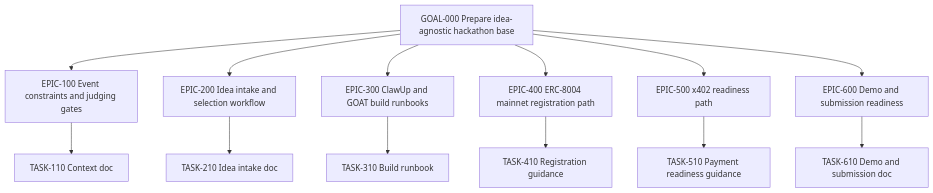
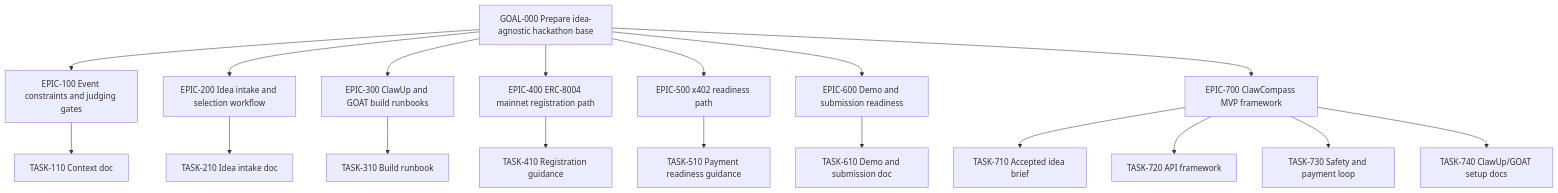
One commit to PATELOM925/openclaw-hack-ttw26 changed the diagram in docs/codex/work/WORK-GRAPH.md. Above: the diagram before and after it, drawn with Mermaid. The commit also changed other lines of this file and 32 other files, not shown here.

Commit message:
feat: add ClawCompass SetupPilot framework

````diff
--- a/docs/codex/work/WORK-GRAPH.md
+++ b/docs/codex/work/WORK-GRAPH.md
@@ -10,16 +10,21 @@
 ```mermaid
 flowchart TD
   GOAL["GOAL-000 Prepare idea-agnostic hackathon base"]
   E100["EPIC-100 Event constraints and judging gates"]
   E200["EPIC-200 Idea intake and selection workflow"]
   E300["EPIC-300 ClawUp and GOAT build runbooks"]
   E400["EPIC-400 ERC-8004 mainnet registration path"]
   E500["EPIC-500 x402 readiness path"]
   E600["EPIC-600 Demo and submission readiness"]
+  E700["EPIC-700 ClawCompass MVP framework"]
   GOAL --> E100 --> T110["TASK-110 Context doc"]
   GOAL --> E200 --> T210["TASK-210 Idea intake doc"]
   GOAL --> E300 --> T310["TASK-310 Build runbook"]
   GOAL --> E400 --> T410["TASK-410 Registration guidance"]
   GOAL --> E500 --> T510["TASK-510 Payment readiness guidance"]
   GOAL --> E600 --> T610["TASK-610 Demo and submission doc"]
+  GOAL --> E700 --> T710["TASK-710 Accepted idea brief"]
+  E700 --> T720["TASK-720 API framework"]
+  E700 --> T730["TASK-730 Safety and payment loop"]
+  E700 --> T740["TASK-740 ClawUp/GOAT setup docs"]
 ```
````
